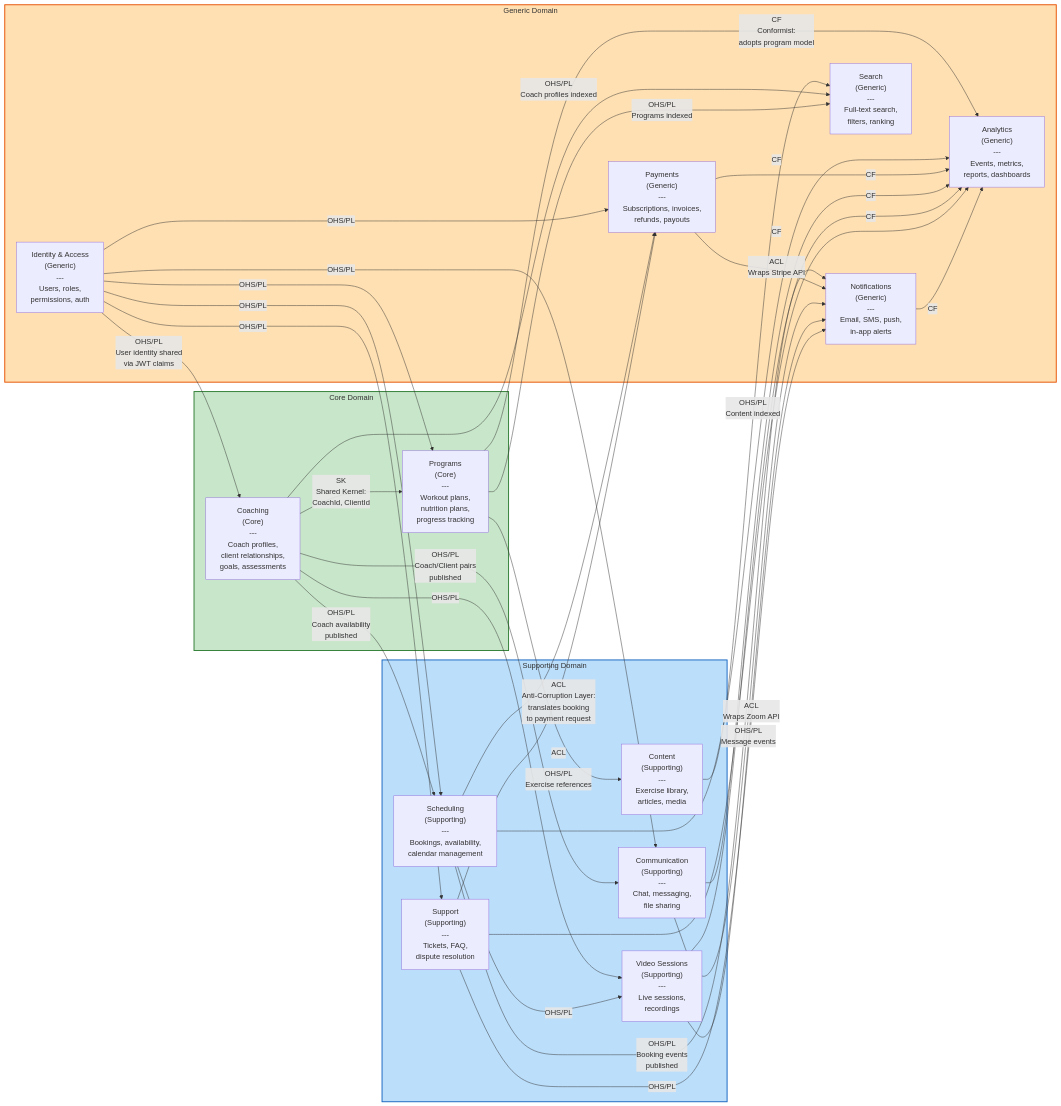
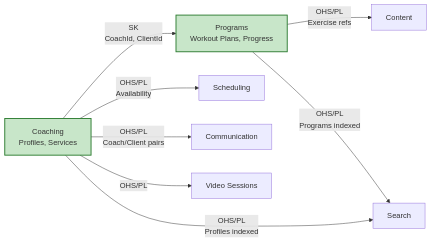
Before and after one commit to zezzi/architecture-class: the third of 5 diagrams in diagrams/02-ddd-bounded-context-map.md, drawn with Mermaid. The commit also changed other lines of this file and 6 other files, not shown here.

Commit message:
change in diagrams

````diff
--- a/diagrams/02-ddd-bounded-context-map.md
+++ b/diagrams/02-ddd-bounded-context-map.md
@@ -5,66 +63,17 @@
 ```mermaid
 graph LR
-    subgraph CoreDomain["Core Domain"]
-        Coaching["Coaching<br/>(Core)<br/>---<br/>Coach profiles,<br/>client relationships,<br/>goals, assessments"]
-        Programs["Programs<br/>(Core)<br/>---<br/>Workout plans,<br/>nutrition plans,<br/>progress tracking"]
-    end
+    Coaching["Coaching<br/>Profiles, Services"]
+    Programs["Programs<br/>Workout Plans, Progress"]
 
-    subgraph SupportingDomain["Supporting Domain"]
-        Scheduling["Scheduling<br/>(Supporting)<br/>---<br/>Bookings, availability,<br/>calendar management"]
-        Communication["Communication<br/>(Supporting)<br/>---<br/>Chat, messaging,<br/>file sharing"]
-        Content["Content<br/>(Supporting)<br/>---<br/>Exercise library,<br/>articles, media"]
-        VideoSessions["Video Sessions<br/>(Supporting)<br/>---<br/>Live sessions,<br/>recordings"]
-        Support["Support<br/>(Supporting)<br/>---<br/>Tickets, FAQ,<br/>dispute resolution"]
-    end
+    Coaching -->|"SK<br/>CoachId, ClientId"| Programs
+    Coaching -->|"OHS/PL<br/>Availability"| Scheduling["Scheduling"]
+    Coaching -->|"OHS/PL<br/>Coach/Client pairs"| Communication["Communication"]
+    Coaching -->|"OHS/PL"| Video["Video Sessions"]
+    Coaching -->|"OHS/PL<br/>Profiles indexed"| Search["Search"]
 
-    subgraph GenericDomain["Generic Domain"]
-        Identity["Identity & Access<br/>(Generic)<br/>---<br/>Users, roles,<br/>permissions, auth"]
-        Payments["Payments<br/>(Generic)<br/>---<br/>Subscriptions, invoices,<br/>refunds, payouts"]
-        Notifications["Notifications<br/>(Generic)<br/>---<br/>Email, SMS, push,<br/>in-app alerts"]
-        Analytics["Analytics<br/>(Generic)<br/>---<br/>Events, metrics,<br/>reports, dashboards"]
-        Search["Search<br/>(Generic)<br/>---<br/>Full-text search,<br/>filters, ranking"]
-    end
-
-    Identity -->|"OHS/PL<br/>User identity shared<br/>via JWT claims"| Coaching
-    Identity -->|"OHS/PL"| Scheduling
-    Identity -->|"OHS/PL"| Payments
-    Identity -->|"OHS/PL"| Communication
-    Identity -->|"OHS/PL"| Programs
-    Identity -->|"OHS/PL"| Support
-
-    Coaching -->|"SK<br/>Shared Kernel:<br/>CoachId, ClientId"| Programs
-    Coaching -->|"OHS/PL<br/>Coach availability<br/>published"| Scheduling
-    Coaching -->|"OHS/PL<br/>Coach/Client pairs<br/>published"| Communication
-    Coaching -->|"OHS/PL"| VideoSessions
-
-    Programs -->|"OHS/PL<br/>Exercise references"| Content
-    Programs -->|"CF<br/>Conformist:<br/>adopts program model"| Analytics
-
-    Scheduling -->|"ACL<br/>Anti-Corruption Layer:<br/>translates booking<br/>to payment request"| Payments
-    Scheduling -->|"OHS/PL<br/>Booking events<br/>published"| Notifications
-    Scheduling -->|"OHS/PL"| VideoSessions
-    Scheduling -->|"CF"| Analytics
-
-    Payments -->|"ACL<br/>Wraps Stripe API"| Notifications
-    Payments -->|"CF"| Analytics
-
-    Communication -->|"OHS/PL<br/>Message events"| Notifications
-    Communication -->|"CF"| Analytics
-
-    VideoSessions -->|"ACL<br/>Wraps Zoom API"| Notifications
-    VideoSessions -->|"CF"| Analytics
-
-    Content -->|"OHS/PL<br/>Content indexed"| Search
-    Coaching -->|"OHS/PL<br/>Coach profiles indexed"| Search
+    Programs -->|"OHS/PL<br/>Exercise refs"| Content["Content"]
     Programs -->|"OHS/PL<br/>Programs indexed"| Search
 
-    Support -->|"ACL"| Payments
-    Support -->|"CF"| Analytics
-    Support -->|"OHS/PL"| Notifications
-
-    Notifications -->|"CF"| Analytics
-
-    style CoreDomain fill:#c8e6c9,stroke:#2e7d32,stroke-width:2px
-    style SupportingDomain fill:#bbdefb,stroke:#1565c0,stroke-width:2px
-    style GenericDomain fill:#ffe0b2,stroke:#e65100,stroke-width:2px
+    style Coaching fill:#c8e6c9,stroke:#2e7d32,stroke-width:2px
+    style Programs fill:#c8e6c9,stroke:#2e7d32,stroke-width:2px
 ```
````
